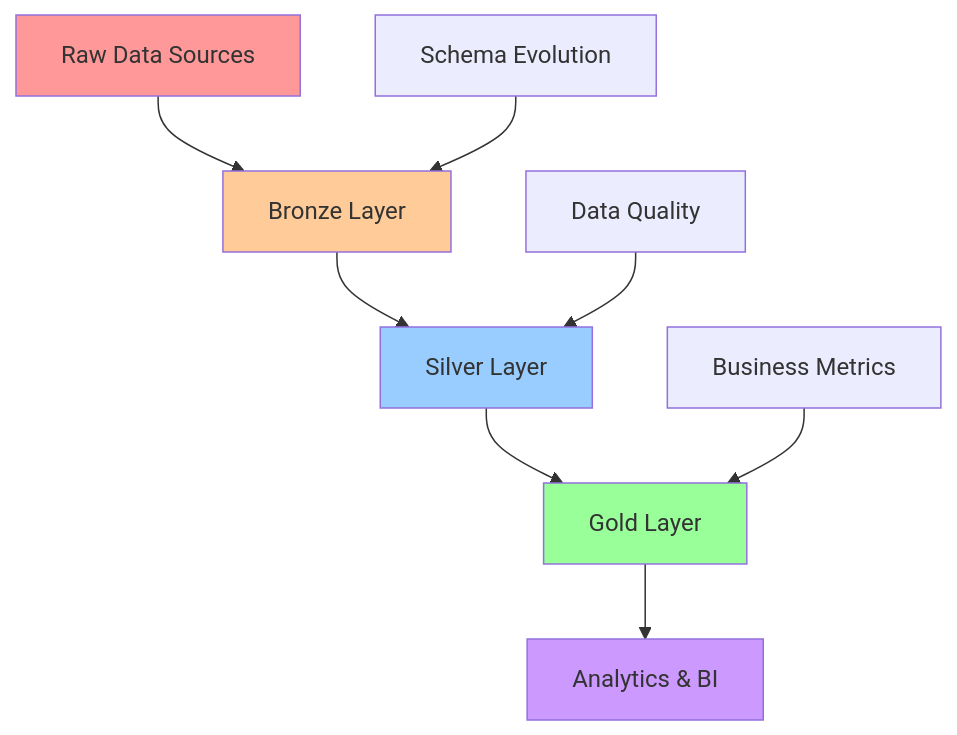
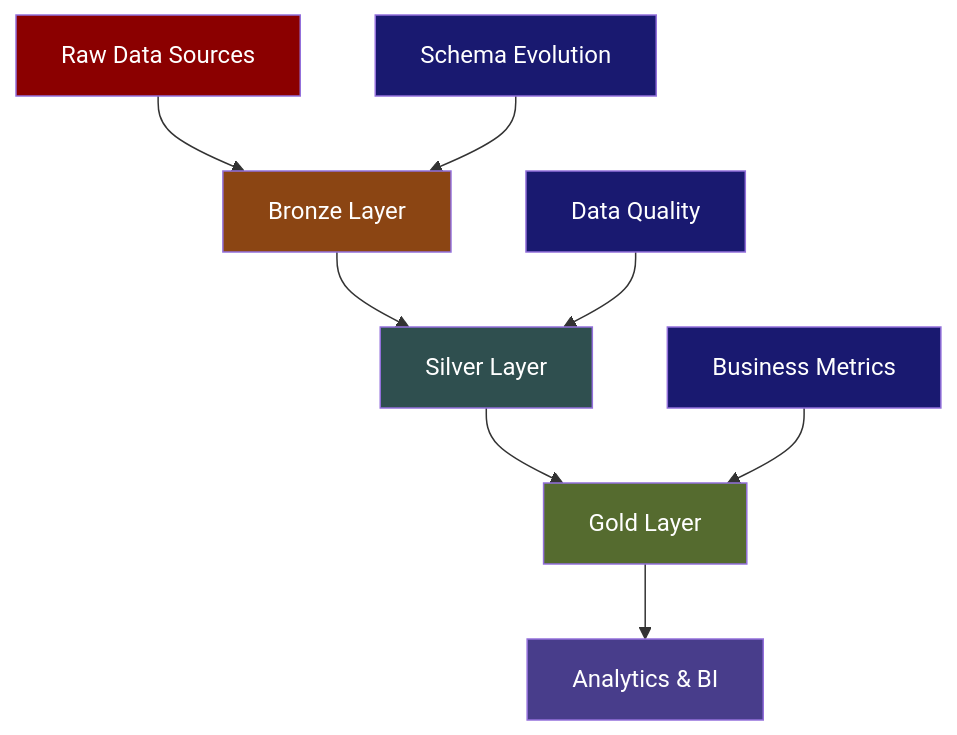
One commit to mnclogenai/clogenai_academy_data_eng_training changed the first of 8 diagrams in week4/week4.md. Above: the diagram before and after it, drawn with Mermaid. The commit also changed other lines of this file, not shown here.

````diff
--- a/week4/week4.md
+++ b/week4/week4.md
@@ -3,17 +3,20 @@
 ```mermaid
 graph TB
     A[Raw Data Sources] --> B[Bronze Layer]
     B --> C[Silver Layer]
     C --> D[Gold Layer]
     D --> E[Analytics & BI]
     
     B1[Schema Evolution] --> B
     C1[Data Quality] --> C
     D1[Business Metrics] --> D
     
-    style A fill:#ff9999
-    style B fill:#ffcc99
-    style C fill:#99ccff
-    style D fill:#99ff99
-    style E fill:#cc99ff
+    style A fill:#8B0000,color:#fff
+    style B fill:#8B4513,color:#fff
+    style C fill:#2F4F4F,color:#fff
+    style D fill:#556B2F,color:#fff
+    style E fill:#483D8B,color:#fff
+    style B1 fill:#191970,color:#fff
+    style C1 fill:#191970,color:#fff
+    style D1 fill:#191970,color:#fff
 ```
````
